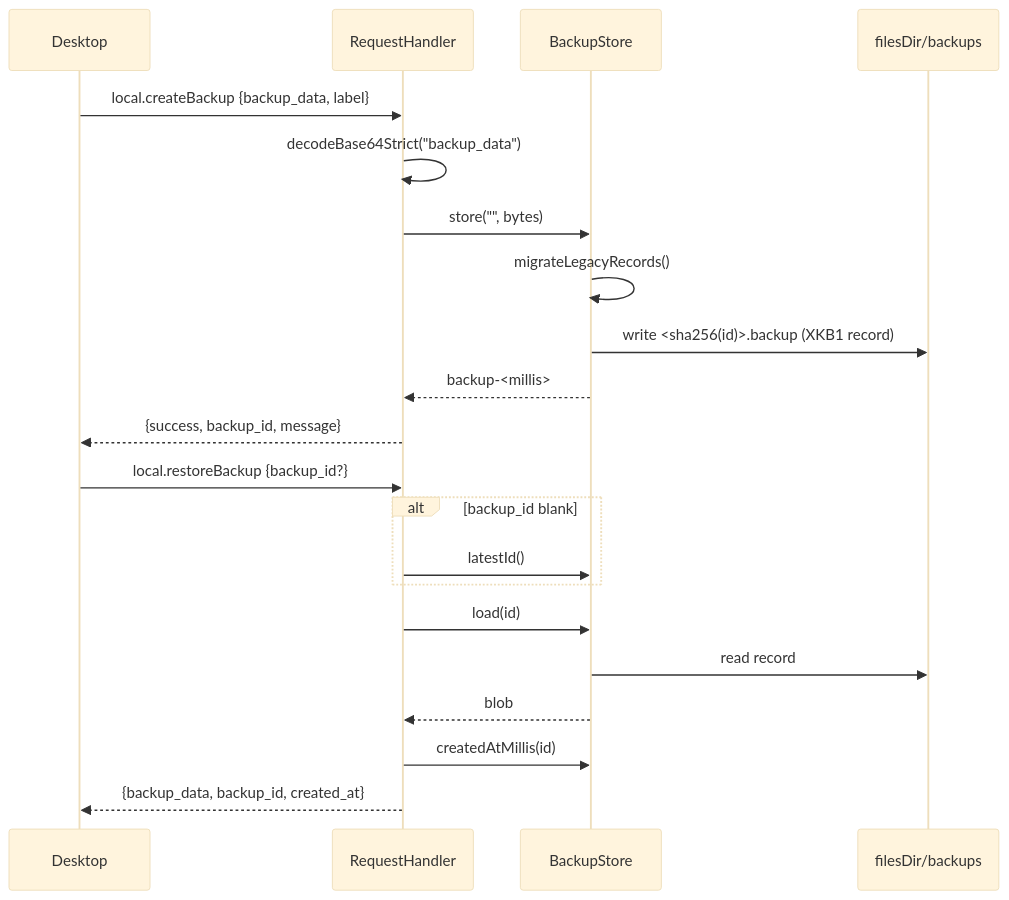
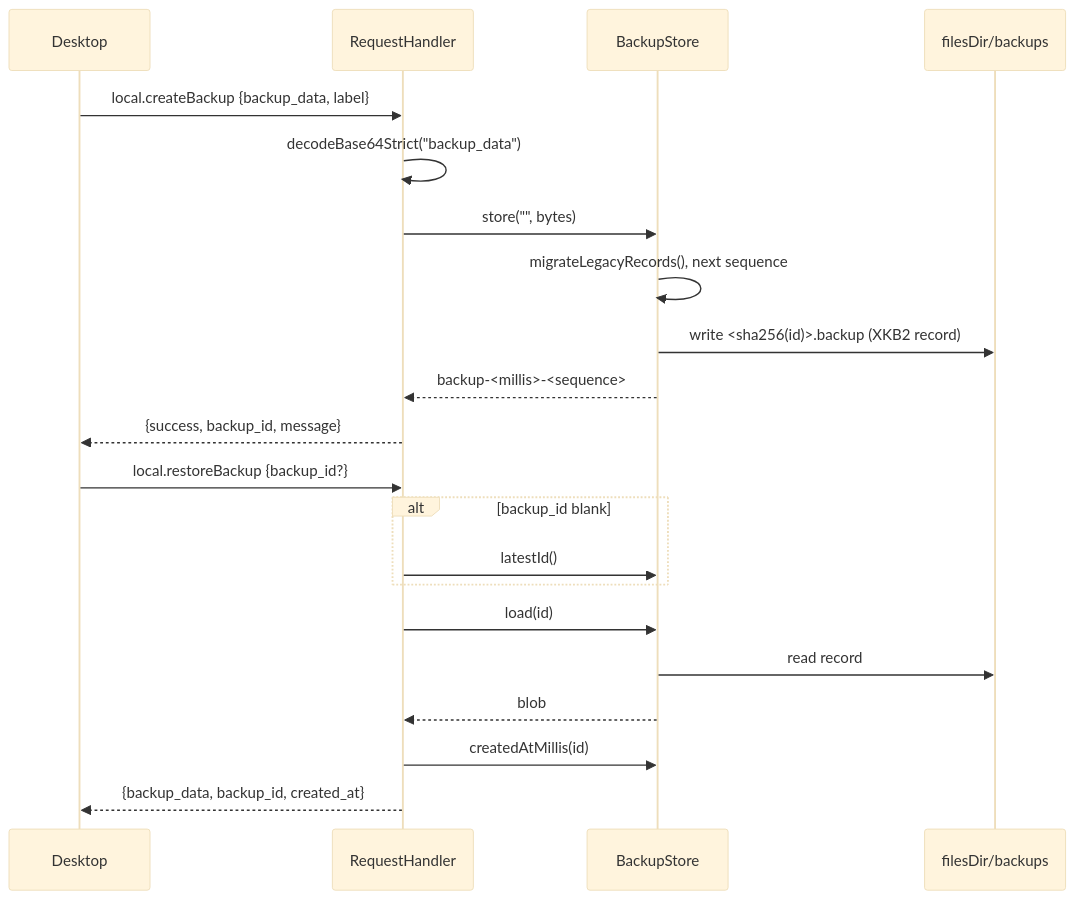
The diagram in docs/desktop-backup-store/architecture.md (jeremyhahn/xkey-android), drawn with Mermaid (base theme) before and after one commit. The commit also changed other lines of this file, not shown here.

First line of the commit message:
docs: desktop-backup-store id scheme, latest order and XKB2 record as built

````diff
--- a/docs/desktop-backup-store/architecture.md
+++ b/docs/desktop-backup-store/architecture.md
@@ -57,25 +86,25 @@
 ```mermaid
 sequenceDiagram
     participant Desk as Desktop
     participant RH as RequestHandler
     participant BS as BackupStore
     participant FS as filesDir/backups
 
     Desk->>RH: local.createBackup {backup_data, label}
     RH->>RH: decodeBase64Strict("backup_data")
     RH->>BS: store("", bytes)
-    BS->>BS: migrateLegacyRecords()
-    BS->>FS: write <sha256(id)>.backup (XKB1 record)
-    BS-->>RH: backup-<millis>
+    BS->>BS: migrateLegacyRecords(), next sequence
+    BS->>FS: write <sha256(id)>.backup (XKB2 record)
+    BS-->>RH: backup-<millis>-<sequence>
     RH-->>Desk: {success, backup_id, message}
 
     Desk->>RH: local.restoreBackup {backup_id?}
     alt backup_id blank
         RH->>BS: latestId()
     end
     RH->>BS: load(id)
     BS->>FS: read record
     BS-->>RH: blob
     RH->>BS: createdAtMillis(id)
     RH-->>Desk: {backup_data, backup_id, created_at}
 ```
````
